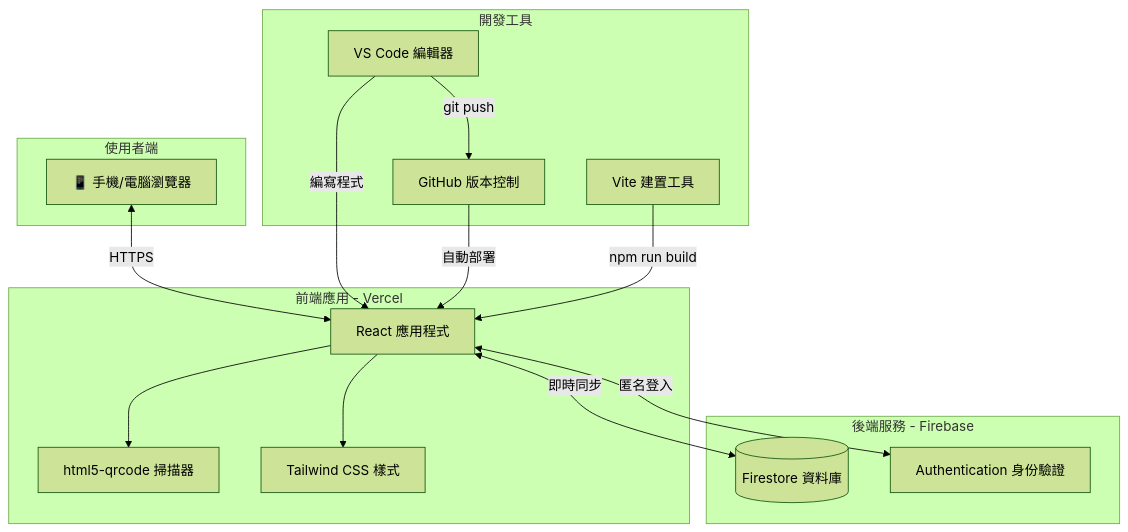
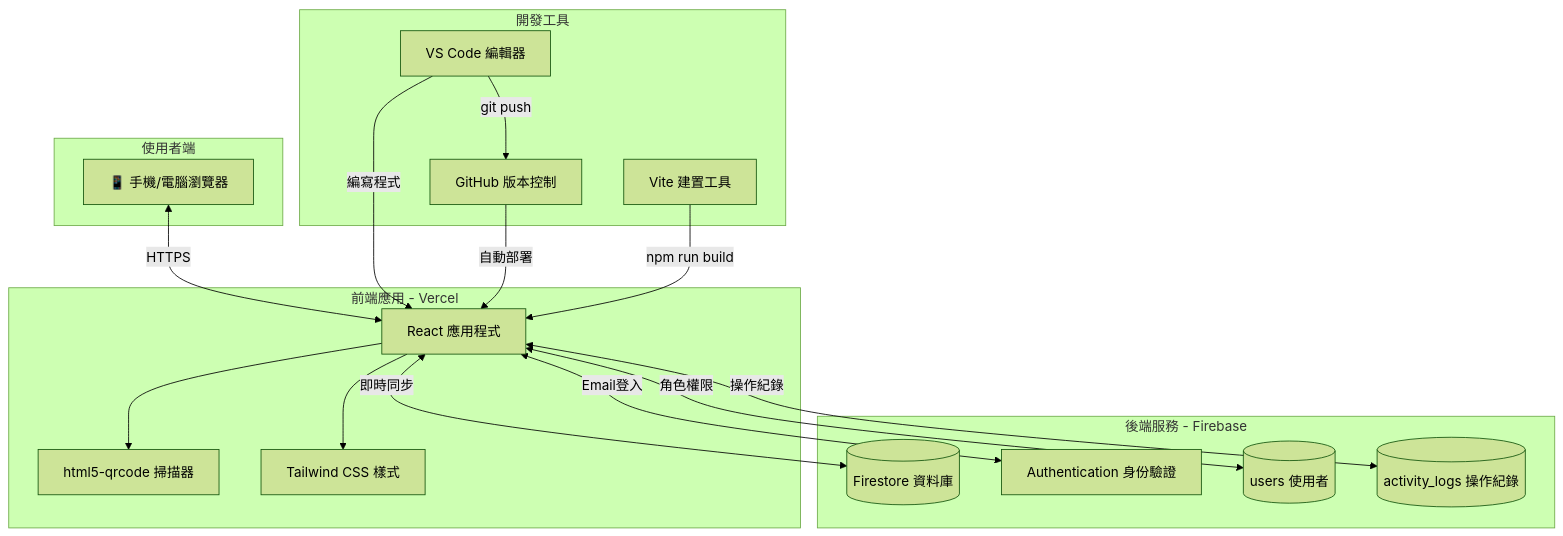
The first of 11 diagrams in WH-QR-CODE開發設計.md (eric4577599/WH-QR-Code), drawn with Mermaid (forest theme) before and after one commit. The commit also changed other lines of this file, not shown here.

````diff
--- a/WH-QR-CODE開發設計.md
+++ b/WH-QR-CODE開發設計.md
@@ -38,33 +45,37 @@
 ```mermaid
 flowchart TB
     subgraph 使用者端
         A[📱 手機/電腦瀏覽器]
     end
-    
+
     subgraph 前端應用 - Vercel
         B[React 應用程式]
         C[html5-qrcode 掃描器]
         D[Tailwind CSS 樣式]
     end
-    
+
     subgraph 後端服務 - Firebase
         E[(Firestore 資料庫)]
         F[Authentication 身份驗證]
+        G[(users 使用者)]
+        H[(activity_logs 操作紀錄)]
     end
-    
+
     subgraph 開發工具
-        G[VS Code 編輯器]
-        H[GitHub 版本控制]
-        I[Vite 建置工具]
+        I[VS Code 編輯器]
+        J[GitHub 版本控制]
+        K[Vite 建置工具]
     end
-    
+
     A <-->|HTTPS| B
     B --> C
     B --> D
     B <-->|即時同步| E
-    B <-->|匿名登入| F
-    G -->|編寫程式| B
-    G -->|git push| H
-    H -->|自動部署| B
-    I -->|npm run build| B
+    B <-->|Email登入| F
+    B <-->|角色權限| G
+    B <-->|操作紀錄| H
+    I -->|編寫程式| B
+    I -->|git push| J
+    J -->|自動部署| B
+    K -->|npm run build| B
 ```
````
